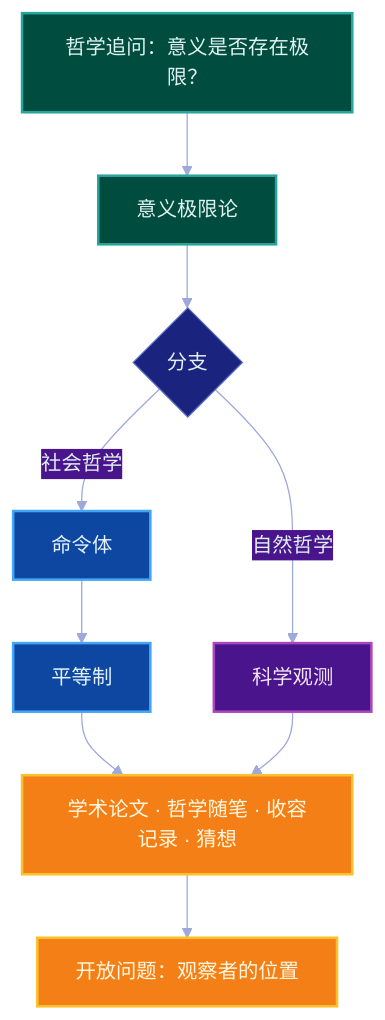
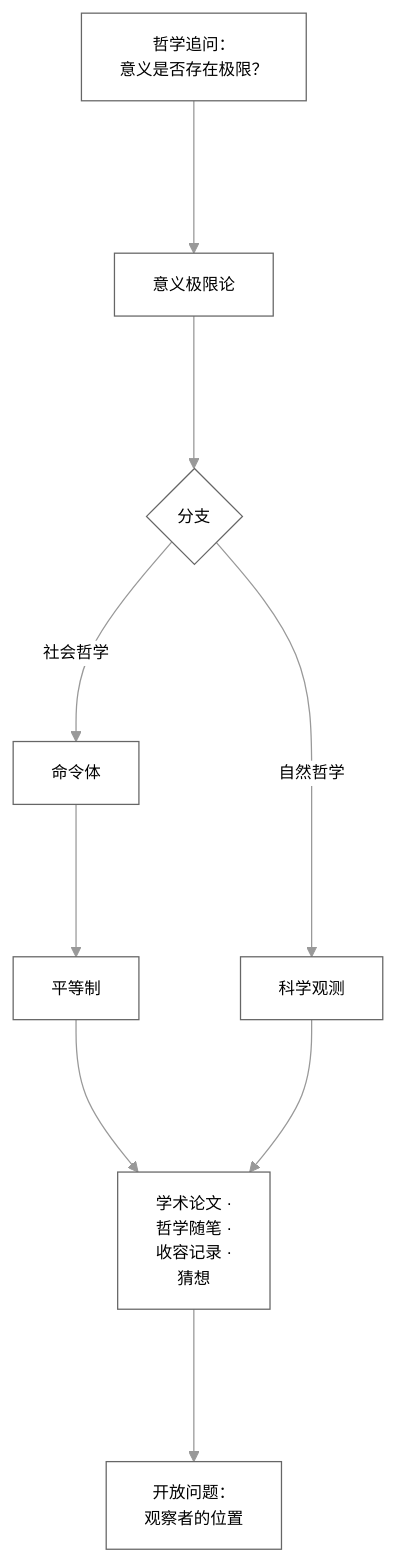
One commit to maxlanceund/equal-system changed the second of 2 diagrams in README.md. Above: the diagram before and after it, drawn with Mermaid. The commit also changed other lines of this file, not shown here.

````diff
--- a/README.md
+++ b/README.md
@@ -62,28 +45,12 @@
 ```mermaid
-%%{init: {'theme': 'base', 'themeVariables': {
-    'primaryColor': '#1a237e',
-    'primaryTextColor': '#e8eaf6',
-    'primaryBorderColor': '#5c6bc0',
-    'lineColor': '#9fa8da',
-    'secondaryColor': '#4a148c',
-    'tertiaryColor': '#f9a825'
-}}}%%
-graph TD
-    A[哲学追问：意义是否存在极限？] --> B[意义极限论]
+%%{init: {'theme': 'base', 'themeVariables': {'fontSize': '13px', 'primaryColor': '#fff','primaryTextColor': '#000','primaryBorderColor': '#666','lineColor': '#999'}, 'flowchart': {'nodeSpacing': 80, 'rankSpacing': 120}}}%%
+flowchart TD
+    A["哲学追问：<br>意义是否存在极限？"] --> B["意义极限论"]
     B --> C{分支}
-    C -->|社会哲学| D[命令体]
-    D --> E[平等制]
-    C -->|自然哲学| F[科学观测]
-    E --> G[学术论文 · 哲学随笔 · 收容记录 · 猜想]
+    C -->|社会哲学| D["命令体"]
+    D --> E["平等制"]
+    C -->|自然哲学| F["科学观测"]
+    E --> G["学术论文 ·<br>哲学随笔 ·<br>收容记录 ·<br>猜想"]
     F --> G
-    G --> H[开放问题：观察者的位置]
-
-    classDef social fill:#0d47a1,stroke:#42a5f5,stroke-width:2px,color:#e3f2fd;
-    classDef natural fill:#4a148c,stroke:#ab47bc,stroke-width:2px,color:#f3e5f5;
-    classDef merge fill:#f57f17,stroke:#fbc02d,stroke-width:2px,color:#fff8e1;
-    classDef root fill:#004d40,stroke:#26a69a,stroke-width:2px,color:#e0f2f1;
-    class A,B root;
-    class D,E social;
-    class F natural;
-    class G,H merge;
+    G --> H["开放问题：<br>观察者的位置"]
 ```
````
